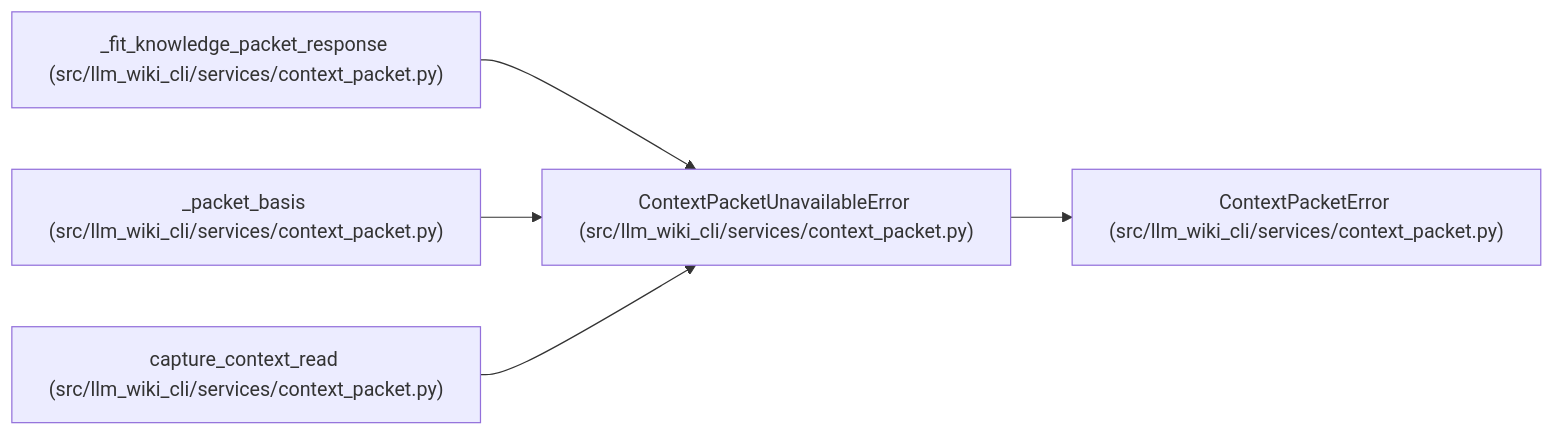
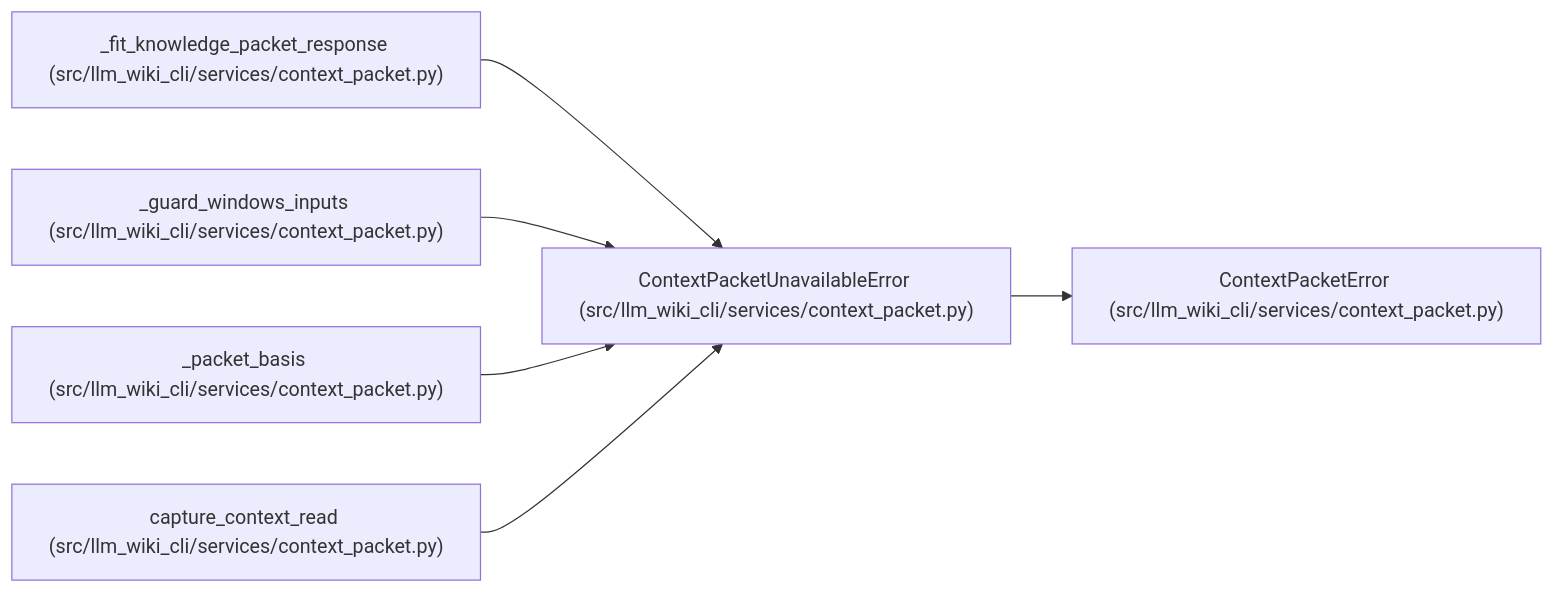
Before and after one commit to Denissvgn/python-wiki-llm: the diagram in docs/llm_wiki/entities/ContextPacketUnavailableError.md, drawn with Mermaid. The commit also changed other lines of this file and 279 other files, not shown here.

````diff
--- a/docs/llm_wiki/entities/ContextPacketUnavailableError.md
+++ b/docs/llm_wiki/entities/ContextPacketUnavailableError.md
@@ -25,17 +25,20 @@
 ```mermaid
 flowchart LR
     n0["ContextPacketUnavailableError (src/llm_wiki_cli/services/context_packet.py)"]
     n1["ContextPacketError (src/llm_wiki_cli/services/context_packet.py)"]
     n2["_fit_knowledge_packet_response (src/llm_wiki_cli/services/context_packet.py)"]
-    n3["_packet_basis (src/llm_wiki_cli/services/context_packet.py)"]
-    n4["capture_context_read (src/llm_wiki_cli/services/context_packet.py)"]
+    n3["_guard_windows_inputs (src/llm_wiki_cli/services/context_packet.py)"]
+    n4["_packet_basis (src/llm_wiki_cli/services/context_packet.py)"]
+    n5["capture_context_read (src/llm_wiki_cli/services/context_packet.py)"]
     n0 --> n1
     n2 --> n0
     n3 --> n0
     n4 --> n0
+    n5 --> n0
     click n0 "../modules/context_packet.md"
     click n1 "../modules/context_packet.md"
     click n2 "../modules/context_packet.md"
     click n3 "../modules/context_packet.md"
     click n4 "../modules/context_packet.md"
+    click n5 "../modules/context_packet.md"
 ```
````
